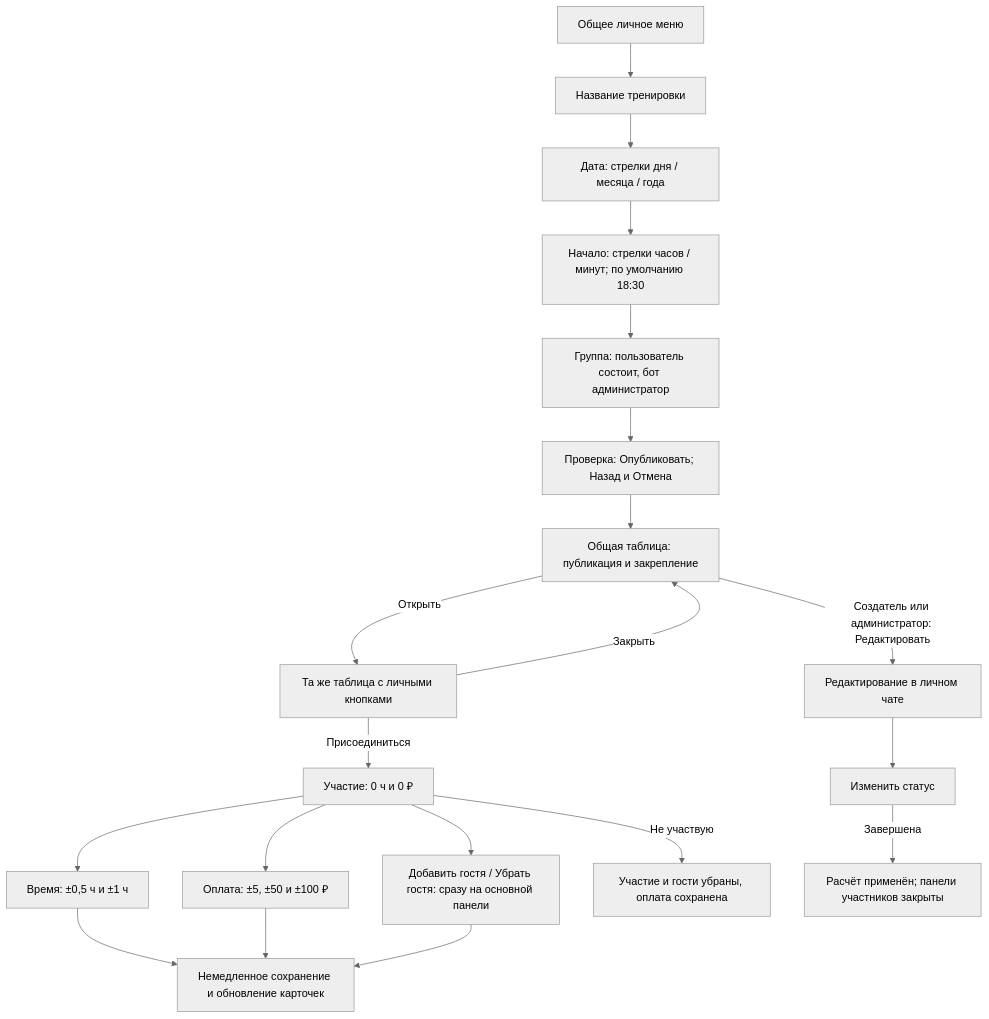
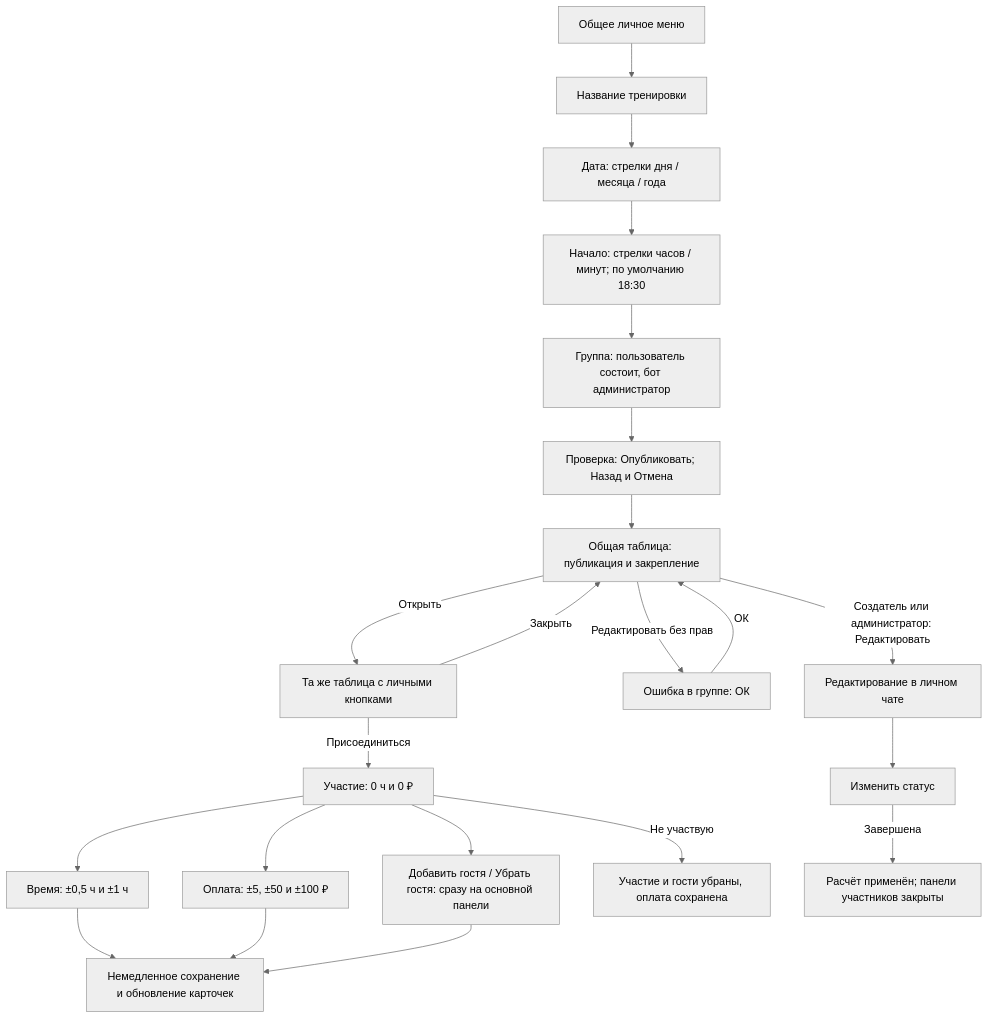
Before and after one commit to Romamor/tennis-split-bot: the first of 3 diagrams in docs/UI_FLOW_REVIEW.md, drawn with Mermaid (neutral theme). The commit also changed other lines of this file and 16 other files, not shown here.

Commit message:
Check public edit permissions before opening the private chat

````diff
--- a/docs/UI_FLOW_REVIEW.md
+++ b/docs/UI_FLOW_REVIEW.md
@@ -13,22 +13,24 @@
 ```mermaid
 flowchart TD
     Menu[Общее личное меню] --> Create[Название тренировки]
     Create --> DatePicker[Дата: стрелки дня / месяца / года]
     DatePicker --> StartTime[Начало: стрелки часов / минут; по умолчанию 18:30]
     StartTime --> PickGroup[Группа: пользователь состоит, бот администратор]
     PickGroup --> Check[Проверка: Опубликовать; Назад и Отмена]
     Check --> Public[Общая таблица: публикация и закрепление]
     Public -->|Открыть| Personal[Та же таблица с личными кнопками]
     Personal -->|Присоединиться| Joined[Участие: 0 ч и 0 ₽]
     Joined --> Time[Время: ±0,5 ч и ±1 ч]
     Joined --> Payment[Оплата: ±5, ±50 и ±100 ₽]
     Joined --> Guests[Добавить гостя / Убрать гостя: сразу на основной панели]
     Time --> Save[Немедленное сохранение и обновление карточек]
     Payment --> Save
     Guests --> Save
     Joined -->|Не участвую| Leave[Участие и гости убраны, оплата сохранена]
     Personal -->|Закрыть| Public
+    Public -->|Редактировать без прав| EditError[Ошибка в группе: ОК]
+    EditError -->|ОК| Public
     Public -->|Создатель или администратор: Редактировать| Editor[Редактирование в личном чате]
     Editor --> Status[Изменить статус]
     Status -->|Завершена| Accounted[Расчёт применён; панели участников закрыты]
 ```
````
